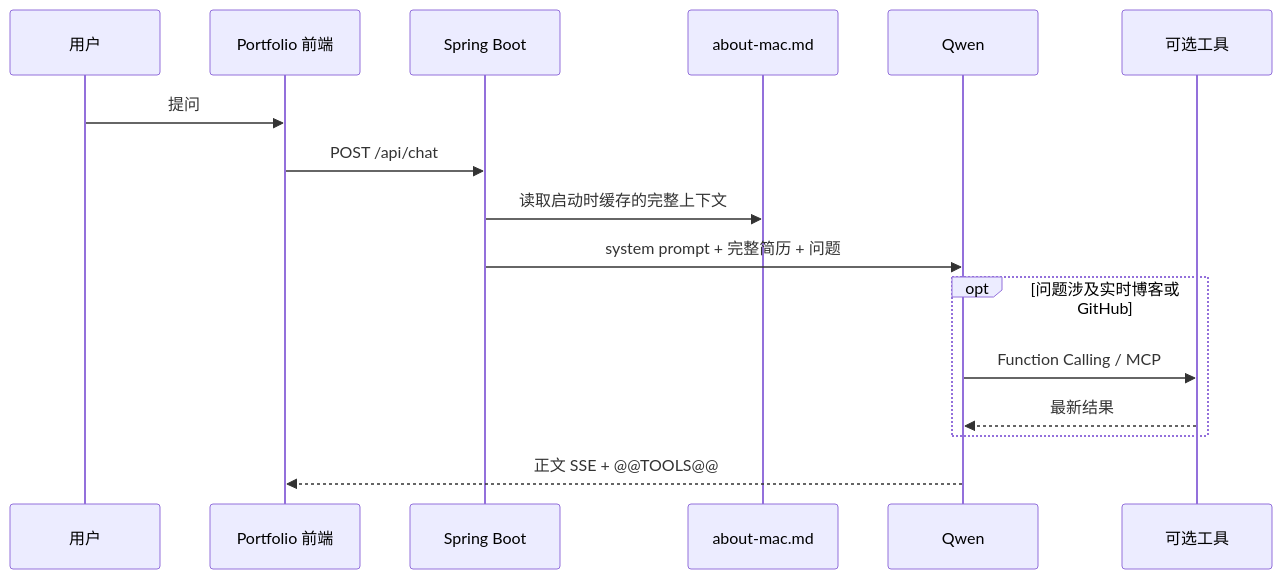
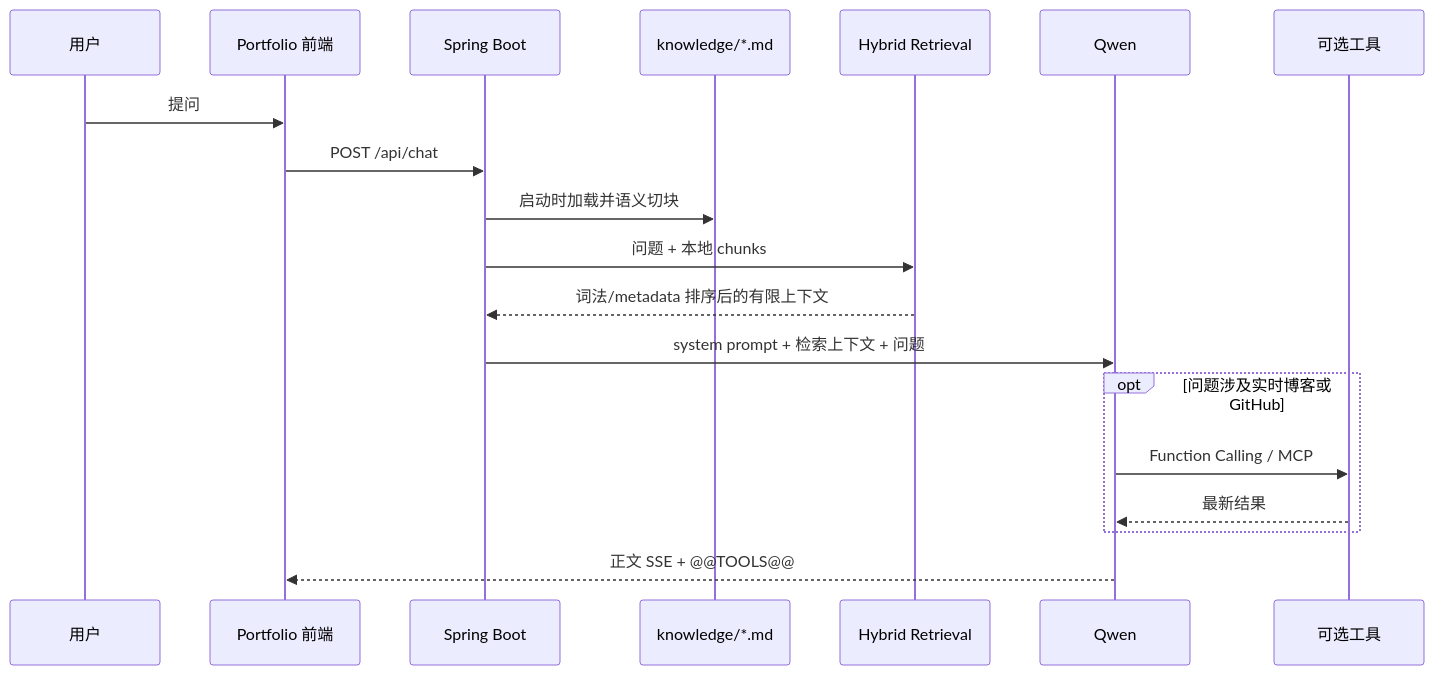
One commit to Tmakerchima/portfolio-rag changed the second of 4 diagrams in README.md. Above: the diagram before and after it, drawn with Mermaid. The commit also changed other lines of this file and 20 other files, not shown here.

Commit message:
feat(portfolio): add GitHub knowledge and trend retrieval

````diff
--- a/README.md
+++ b/README.md
@@ -48,19 +49,22 @@
 ```mermaid
 sequenceDiagram
     participant U as 用户
     participant P as Portfolio 前端
     participant B as Spring Boot
-    participant C as about-mac.md
+    participant C as knowledge/*.md
+    participant R as Hybrid Retrieval
     participant L as Qwen
     participant T as 可选工具
 
     U->>P: 提问
     P->>B: POST /api/chat
-    B->>C: 读取启动时缓存的完整上下文
-    B->>L: system prompt + 完整简历 + 问题
+    B->>C: 启动时加载并语义切块
+    B->>R: 问题 + 本地 chunks
+    R-->>B: 词法/metadata 排序后的有限上下文
+    B->>L: system prompt + 检索上下文 + 问题
     opt 问题涉及实时博客或 GitHub
         L->>T: Function Calling / MCP
         T-->>L: 最新结果
     end
     L-->>P: 正文 SSE + @@TOOLS@@
 ```
````
